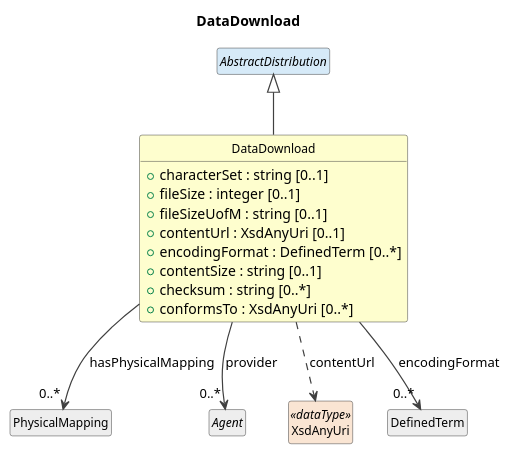
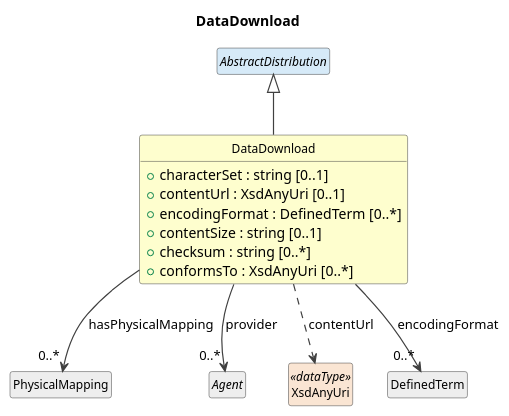
Before and after one commit to Cross-Domain-Interoperability-Framework/metadataBuildingBlocks: the diagram in cdif-uml-model/_plantuml/cdifDataDescription/Classes/DataDownload.pu, drawn with PlantUML. The commit also changed 9 other files, not shown here.

Commit message:
Regenerate DataDownload diagrams (drop fileSize/fileSizeUofM)

```diff
--- a/cdif-uml-model/_plantuml/cdifDataDescription/Classes/DataDownload.pu
+++ b/cdif-uml-model/_plantuml/cdifDataDescription/Classes/DataDownload.pu
@@ -1,34 +1,32 @@
 @startuml
 title DataDownload
 hide circle
 hide empty members
 skinparam shadowing false
 skinparam ArrowThickness 1.2
 skinparam class {
   ArrowColor #404040
   BorderColor #404040
   FontSize 12
 }
 
 class "DataDownload" as DataDownload #FEFECE {
   +characterSet : string [0..1]
-  +fileSize : integer [0..1]
-  +fileSizeUofM : string [0..1]
   +contentUrl : XsdAnyUri [0..1]
   +encodingFormat : DefinedTerm [0..*]
   +contentSize : string [0..1]
   +checksum : string [0..*]
   +conformsTo : XsdAnyUri [0..*]
 }
 abstract class "AbstractDistribution" as AbstractDistribution #D6EAF8
 AbstractDistribution <|-- DataDownload
 class "PhysicalMapping" as PhysicalMapping #EEEEEE
 DataDownload --> "0..*" PhysicalMapping : hasPhysicalMapping
 abstract class "Agent" as Agent #EEEEEE
 DataDownload --> "0..*" Agent : provider
 class "XsdAnyUri" as XsdAnyUri <<dataType>> #FAE5D3
 DataDownload ..> XsdAnyUri : contentUrl
 class "DefinedTerm" as DefinedTerm #EEEEEE
 DataDownload --> "0..*" DefinedTerm : encodingFormat
 
 @enduml
```
